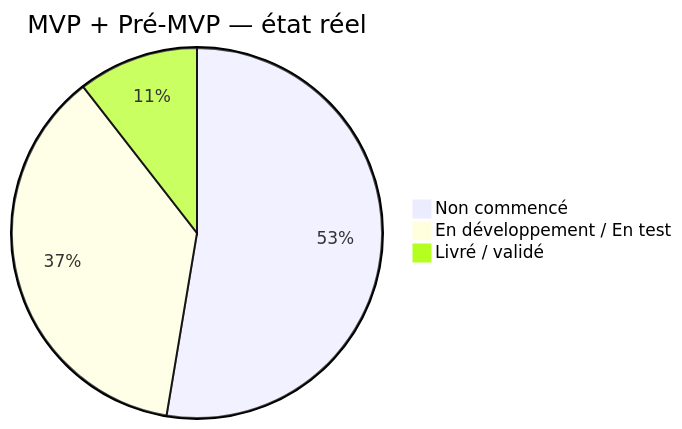
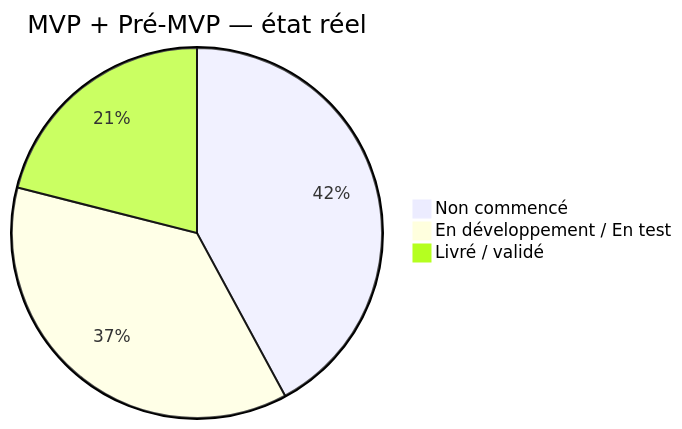
The first of 5 diagrams in docs/runtime/02_FEATURE_STATUS.md (JavaChrist/Tai-Chi-AI-Coach), drawn with Mermaid before and after one commit. The commit also changed other lines of this file and 17 other files, not shown here.

````diff
--- a/docs/runtime/02_FEATURE_STATUS.md
+++ b/docs/runtime/02_FEATURE_STATUS.md
@@ -122,6 +125,6 @@
 ```mermaid
 pie title MVP + Pré-MVP — état réel
-  "Non commencé" : 10
+  "Non commencé" : 8
   "En développement / En test" : 7
-  "Livré / validé" : 2
+  "Livré / validé" : 4
 ```
````
